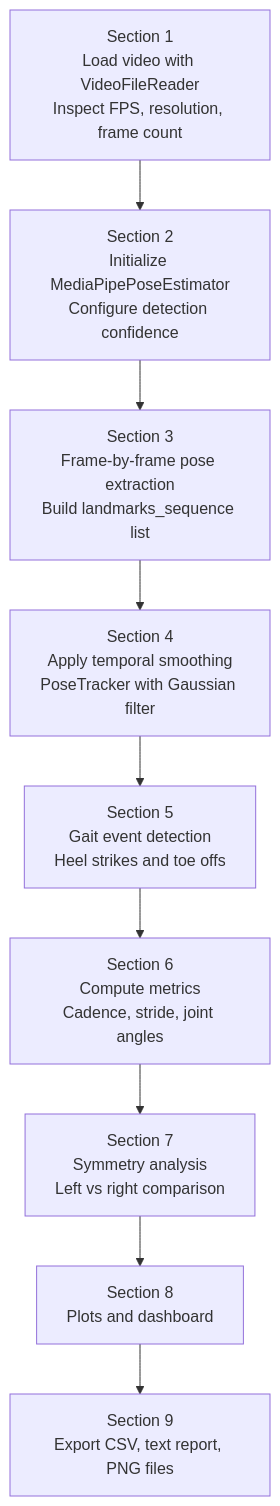
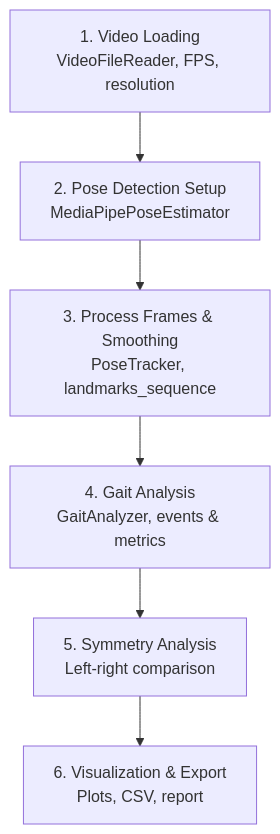
Before and after one commit to brilliantbeaver/gaitanalysis: the diagram in README.md, drawn with Mermaid. The commit also changed other lines of this file and 1 other file, not shown here.

````diff
--- a/README.md
+++ b/README.md
@@ -171,14 +141,10 @@
 ```mermaid
 flowchart TD
-    NB1["Section 1<br/>Load video with VideoFileReader<br/>Inspect FPS, resolution, frame count"]
-    NB2["Section 2<br/>Initialize MediaPipePoseEstimator<br/>Configure detection confidence"]
-    NB3["Section 3<br/>Frame-by-frame pose extraction<br/>Build landmarks_sequence list"]
-    NB4["Section 4<br/>Apply temporal smoothing<br/>PoseTracker with Gaussian filter"]
-    NB5["Section 5<br/>Gait event detection<br/>Heel strikes and toe offs"]
-    NB6["Section 6<br/>Compute metrics<br/>Cadence, stride, joint angles"]
-    NB7["Section 7<br/>Symmetry analysis<br/>Left vs right comparison"]
-    NB8["Section 8<br/>Plots and dashboard"]
-    NB9["Section 9<br/>Export CSV, text report, PNG files"]
-
-    NB1 --> NB2 --> NB3 --> NB4 --> NB5 --> NB6 --> NB7 --> NB8 --> NB9
+    S1["1. Video Loading<br/>VideoFileReader, FPS, resolution"]
+    S2["2. Pose Detection Setup<br/>MediaPipePoseEstimator"]
+    S3["3. Process Frames & Smoothing<br/>PoseTracker, landmarks_sequence"]
+    S4["4. Gait Analysis<br/>GaitAnalyzer, events & metrics"]
+    S5["5. Symmetry Analysis<br/>Left-right comparison"]
+    S6["6. Visualization & Export<br/>Plots, CSV, report"]
+    S1 --> S2 --> S3 --> S4 --> S5 --> S6
 ```
````
